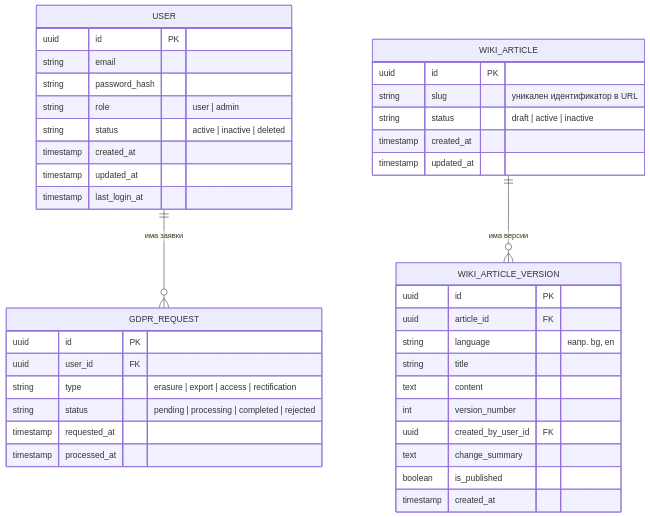
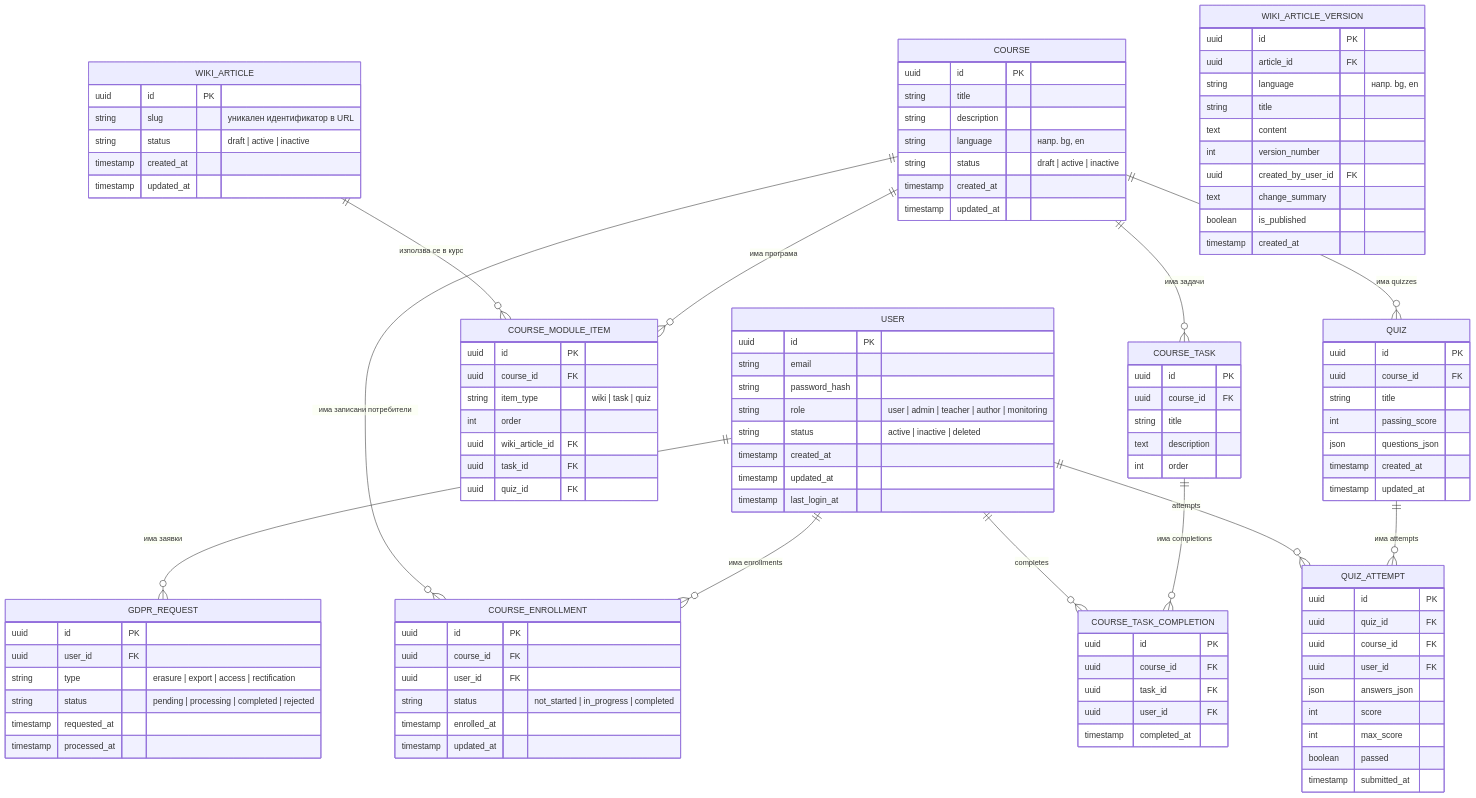
One commit to ivan-markov-666/beelms changed the diagram in docs/architecture/db-model.md. Above: the diagram before and after it, drawn with Mermaid. The commit also changed other lines of this file and 47 other files, not shown here.

````diff
--- a/docs/architecture/db-model.md
+++ b/docs/architecture/db-model.md
@@ -25,19 +32,27 @@
 ```mermaid
 erDiagram
     USER ||--o{ GDPR_REQUEST : "има заявки"
+    USER ||--o{ COURSE_ENROLLMENT : "има enrollments"
+    COURSE ||--o{ COURSE_ENROLLMENT : "има записани потребители"
+    COURSE ||--o{ COURSE_MODULE_ITEM : "има програма"
+    WIKI_ARTICLE ||--o{ COURSE_MODULE_ITEM : "използва се в курс"
+    COURSE ||--o{ COURSE_TASK : "има задачи"
+    COURSE_TASK ||--o{ COURSE_TASK_COMPLETION : "има completions"
+    USER ||--o{ COURSE_TASK_COMPLETION : "completes"
+    COURSE ||--o{ QUIZ : "има quizzes"
+    QUIZ ||--o{ QUIZ_ATTEMPT : "има attempts"
+    USER ||--o{ QUIZ_ATTEMPT : "attempts"
 
     USER {
         uuid id PK
         string email
         string password_hash
-        string role        "user | admin"
+        string role        "user | admin | teacher | author | monitoring"
         string status      "active | inactive | deleted"
         timestamp created_at
         timestamp updated_at
         timestamp last_login_at
     }
-
-    WIKI_ARTICLE ||--o{ WIKI_ARTICLE_VERSION : "има версии"
 
     WIKI_ARTICLE {
         uuid id PK
@@ -68,4 +83,71 @@
         timestamp requested_at
         timestamp processed_at
     }
+
+    COURSE {
+        uuid id PK
+        string title
+        string description
+        string language      "напр. bg, en"
+        string status        "draft | active | inactive"
+        timestamp created_at
+        timestamp updated_at
+    }
+
+    COURSE_ENROLLMENT {
+        uuid id PK
+        uuid course_id FK
+        uuid user_id FK
+        string status        "not_started | in_progress | completed"
+        timestamp enrolled_at
+        timestamp updated_at
+    }
+
+    COURSE_MODULE_ITEM {
+        uuid id PK
+        uuid course_id FK
+        string item_type     "wiki | task | quiz"
+        int order
+        uuid wiki_article_id FK
+        uuid task_id FK
+        uuid quiz_id FK
+    }
+
+    COURSE_TASK {
+        uuid id PK
+        uuid course_id FK
+        string title
+        text description
+        int order
+    }
+
+    COURSE_TASK_COMPLETION {
+        uuid id PK
+        uuid course_id FK
+        uuid task_id FK
+        uuid user_id FK
+        timestamp completed_at
+    }
+
+    QUIZ {
+        uuid id PK
+        uuid course_id FK
+        string title
+        int passing_score
+        json questions_json
+        timestamp created_at
+        timestamp updated_at
+    }
+
+    QUIZ_ATTEMPT {
+        uuid id PK
+        uuid quiz_id FK
+        uuid course_id FK
+        uuid user_id FK
+        json answers_json
+        int score
+        int max_score
+        boolean passed
+        timestamp submitted_at
+    }
 ```
````
